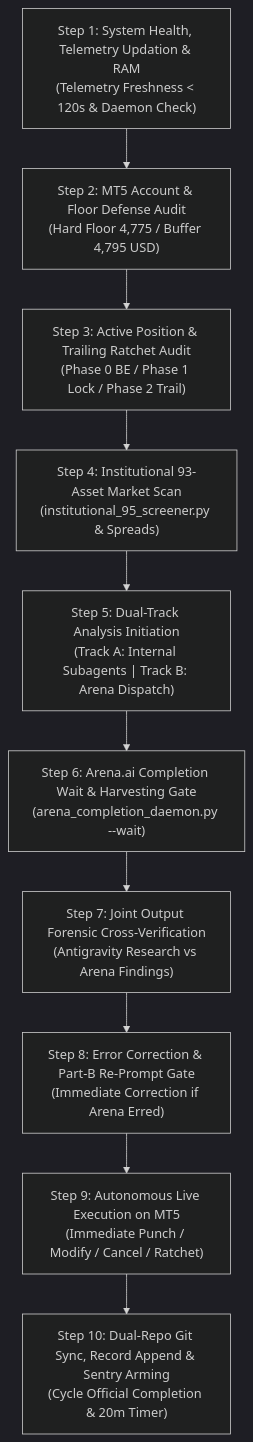
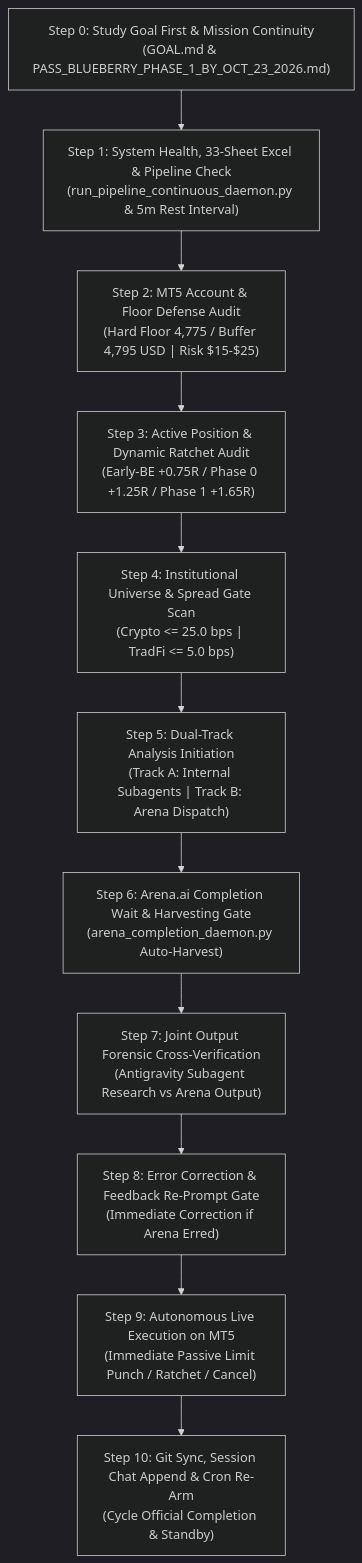
Before and after one commit to kbsingh1399/Trading_2: the diagram in docs/Mandatory_Rules/AUTONOMOUS_WAKEUP_CHECKLIST.md, drawn with Mermaid (dark theme). The commit also changed other lines of this file and 6 other files, not shown here.

Commit message:
feat(sync): autonomous 5-minute workspace sync [as_of 2026-10-22 16:41:31 UTC]

````diff
--- a/docs/Mandatory_Rules/AUTONOMOUS_WAKEUP_CHECKLIST.md
+++ b/docs/Mandatory_Rules/AUTONOMOUS_WAKEUP_CHECKLIST.md
@@ -14,12 +124,12 @@
 ```mermaid
 flowchart TD
-    S1["Step 1: System Health, Telemetry Updation & RAM<br/>(Telemetry Freshness < 120s & Daemon Check)"] --> S2["Step 2: MT5 Account & Floor Defense Audit<br/>(Hard Floor 4,775 / Buffer 4,795 USD)"]
-    S2 --> S3["Step 3: Active Position & Trailing Ratchet Audit<br/>(Phase 0 BE / Phase 1 Lock / Phase 2 Trail)"]
-    S3 --> S4["Step 4: Institutional 93-Asset Market Scan<br/>(institutional_95_screener.py & Spreads)"]
+    S0["Step 0: Study Goal First & Mission Continuity<br/>(GOAL.md & PASS_BLUEBERRY_PHASE_1_BY_OCT_23_2026.md)"] --> S1["Step 1: System Health, 33-Sheet Excel & Pipeline Check<br/>(run_pipeline_continuous_daemon.py & 5m Rest Interval)"] --> S2["Step 2: MT5 Account & Floor Defense Audit<br/>(Hard Floor 4,775 / Buffer 4,795 USD | Risk $15-$25)"]
+    S2 --> S3["Step 3: Active Position & Dynamic Ratchet Audit<br/>(Early-BE +0.75R / Phase 0 +1.25R / Phase 1 +1.65R)"]
+    S3 --> S4["Step 4: Institutional Universe & Spread Gate Scan<br/>(Crypto <= 25.0 bps | TradFi <= 5.0 bps)"]
     S4 --> S5["Step 5: Dual-Track Analysis Initiation<br/>(Track A: Internal Subagents | Track B: Arena Dispatch)"]
-    S5 --> S6["Step 6: Arena.ai Completion Wait & Harvesting Gate<br/>(arena_completion_daemon.py --wait)"]
-    S6 --> S7["Step 7: Joint Output Forensic Cross-Verification<br/>(Antigravity Research vs Arena Findings)"]
-    S7 --> S8["Step 8: Error Correction & Part-B Re-Prompt Gate<br/>(Immediate Correction if Arena Erred)"]
-    S8 --> S9["Step 9: Autonomous Live Execution on MT5<br/>(Immediate Punch / Modify / Cancel / Ratchet)"]
-    S9 --> S10["Step 10: Dual-Repo Git Sync, Record Append & Sentry Arming<br/>(Cycle Official Completion & 20m Timer)"]
+    S5 --> S6["Step 6: Arena.ai Completion Wait & Harvesting Gate<br/>(arena_completion_daemon.py Auto-Harvest)"]
+    S6 --> S7["Step 7: Joint Output Forensic Cross-Verification<br/>(Antigravity Subagent Research vs Arena Output)"]
+    S7 --> S8["Step 8: Error Correction & Feedback Re-Prompt Gate<br/>(Immediate Correction if Arena Erred)"]
+    S8 --> S9["Step 9: Autonomous Live Execution on MT5<br/>(Immediate Passive Limit Punch / Ratchet / Cancel)"]
+    S9 --> S10["Step 10: Git Sync, Session Chat Append & Cron Re-Arm<br/>(Cycle Official Completion & Standby)"]
 ```
````
